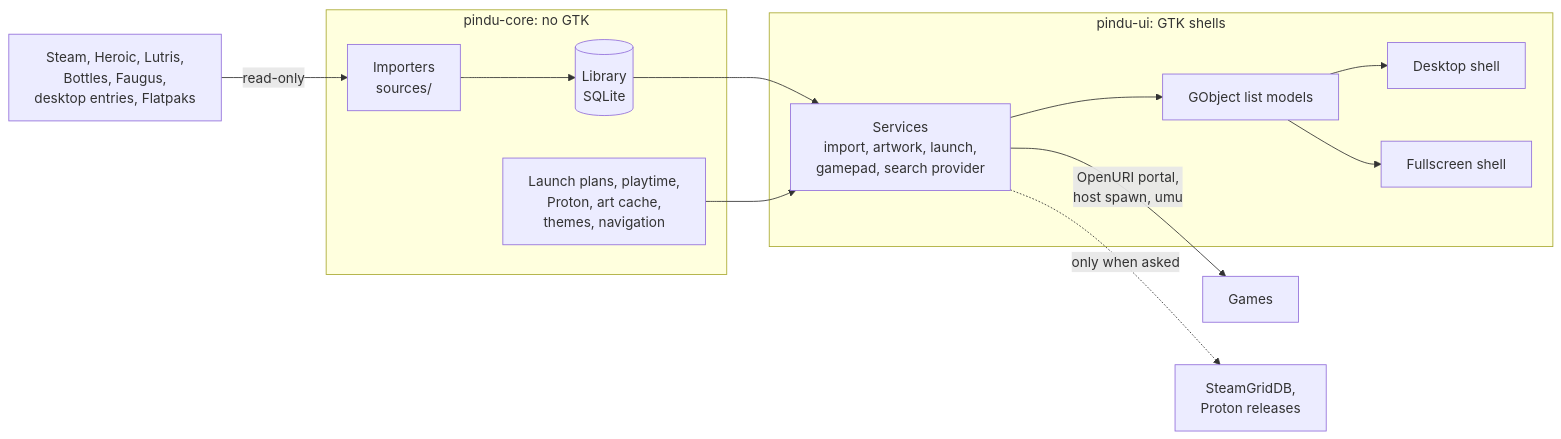
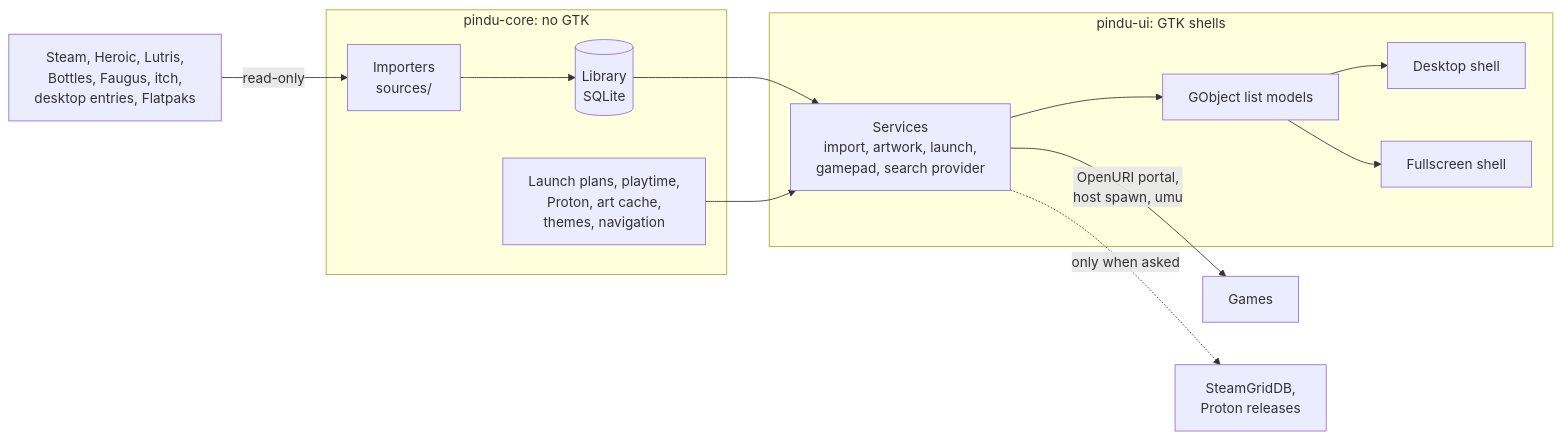
One commit to Tim-van-Oudheusden/pindu-launcher changed the diagram in README.md. Above: the diagram before and after it, drawn with Mermaid. The commit also changed other lines of this file and 25 other files, not shown here.

````diff
--- a/README.md
+++ b/README.md
@@ -551,21 +557,21 @@
 ```mermaid
 flowchart LR
-  launchers["Steam, Heroic, Lutris,<br/>Bottles, Faugus,<br/>desktop entries, Flatpaks"]
+  launchers["Steam, Heroic, Lutris,<br/>Bottles, Faugus, itch,<br/>desktop entries, Flatpaks"]
 
   subgraph core["pindu-core: no GTK"]
     importers["Importers<br/>sources/"] --> store[("Library<br/>SQLite")]
     logic["Launch plans, playtime,<br/>Proton, art cache,<br/>themes, navigation"]
   end
 
   subgraph ui["pindu-ui: GTK shells"]
     services["Services<br/>import, artwork, launch,<br/>gamepad, search provider"] --> models["GObject list models"]
     models --> desktop["Desktop shell"]
     models --> fullscreen["Fullscreen shell"]
   end
 
   launchers -->|"read-only"| importers
   store --> services
   logic --> services
   services -->|"OpenURI portal,<br/>host spawn, umu"| games["Games"]
   services -.->|"only when asked"| online["SteamGridDB,<br/>Proton releases"]
 ```
````
